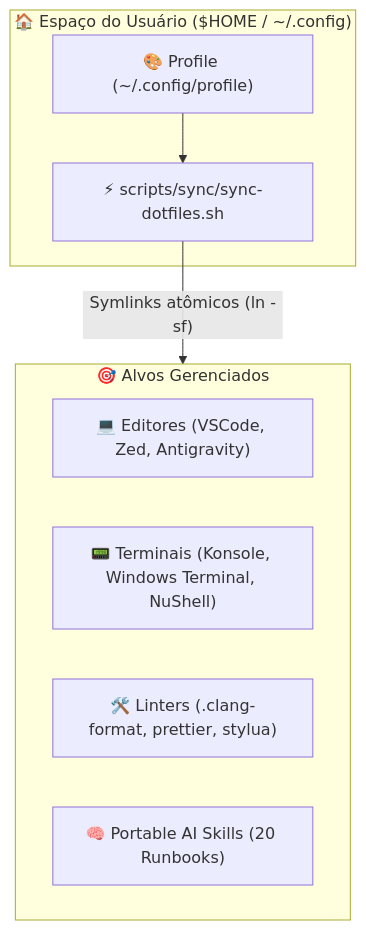
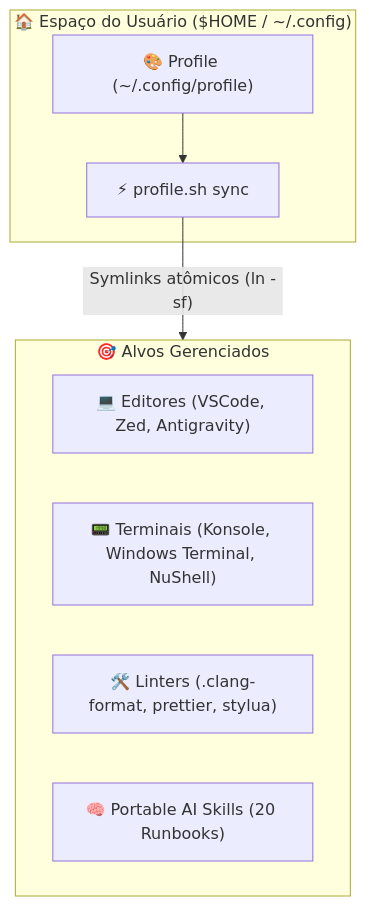
One commit to GabrielFrigo4/profile changed the diagram in README.md. Above: the diagram before and after it, drawn with Mermaid. The commit also changed other lines of this file and 24 other files, not shown here.

Commit message:
refactor: eliminate scripts directory, integrate sync into profile.sh, relocate audit, and sync principles

````diff
--- a/README.md
+++ b/README.md
@@ -34,17 +34,17 @@
 ```mermaid
 flowchart TD
     subgraph HOME ["🏠 Espaço do Usuário ($HOME / ~/.config)"]
         PR_REPO["🎨 Profile (~/.config/profile)"]
-        SYNC["⚡ scripts/sync/sync-dotfiles.sh"]
+        SYNC["⚡ profile.sh sync"]
     end
 
     subgraph TARGETS ["🎯 Alvos Gerenciados"]
         ED["💻 Editores (VSCode, Zed, Antigravity)"]
         TR["📟 Terminais (Konsole, Windows Terminal, NuShell)"]
         TL["🛠️ Linters (.clang-format, prettier, stylua)"]
         SK["🧠 Portable AI Skills (20 Runbooks)"]
     end
 
     PR_REPO --> SYNC
     SYNC -->|"Symlinks atômicos (ln -sf)"| TARGETS
 ```
````
